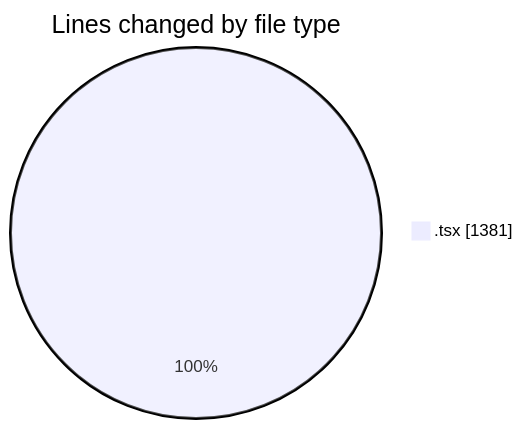
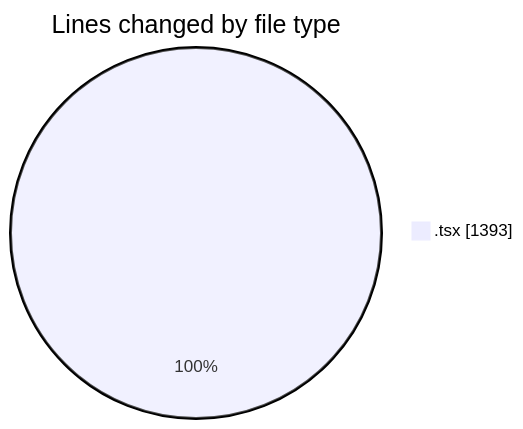
Before and after one commit to Elitesun/code-tracking: the first of 2 diagrams in 2025-05-03/niten/README.md, drawn with Mermaid. The commit also changed other lines of this file and 1 other file, not shown here.

````diff
--- a/2025-05-03/niten/README.md
+++ b/2025-05-03/niten/README.md
@@ -23,5 +23,5 @@
 ```mermaid
 pie showData
 title Lines changed by file type
-".tsx" : 1381
+".tsx" : 1393
 ```
````
